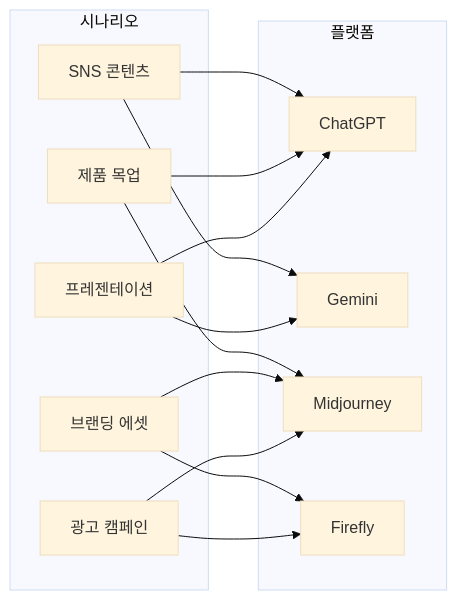
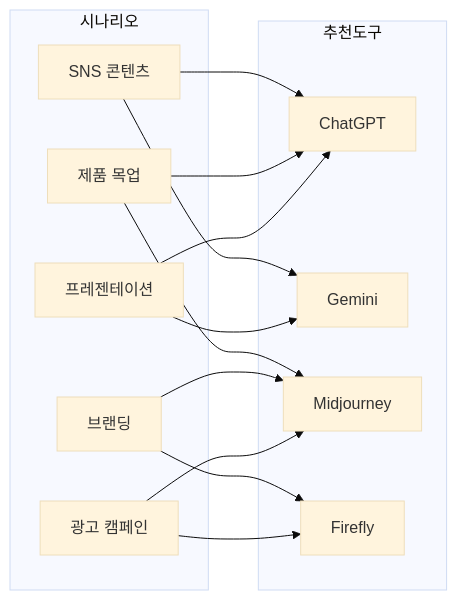
The second of 6 diagrams in 01-ch1-ai-이미지-생성-개론/05-05-실무-시나리오별-플랫폼-선택-가이드.md (jsonpassion/forge-tutorial-promptcanvas), drawn with Mermaid (base theme) before and after one commit. The commit also changed other lines of this file and 12 other files, not shown here.

````diff
--- a/01-ch1-ai-이미지-생성-개론/05-05-실무-시나리오별-플랫폼-선택-가이드.md
+++ b/01-ch1-ai-이미지-생성-개론/05-05-실무-시나리오별-플랫폼-선택-가이드.md
@@ -127,26 +113,26 @@
 ```mermaid
 flowchart LR
     subgraph 시나리오
         S1["SNS 콘텐츠"]
         S2["제품 목업"]
         S3["프레젠테이션"]
-        S4["브랜딩 에셋"]
+        S4["브랜딩"]
         S5["광고 캠페인"]
     end
-    subgraph 플랫폼
+    subgraph 추천도구
         P1["ChatGPT"]
         P2["Gemini"]
         P3["Midjourney"]
         P4["Firefly"]
     end
     S1 --> P1
     S1 --> P2
     S2 --> P1
     S2 --> P3
     S3 --> P1
     S3 --> P2
     S4 --> P4
     S4 --> P3
     S5 --> P4
     S5 --> P3
 ```
````
